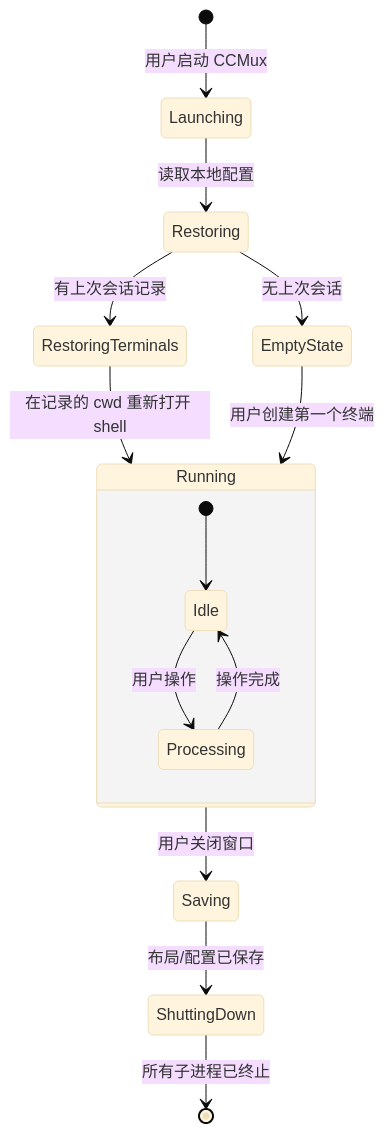
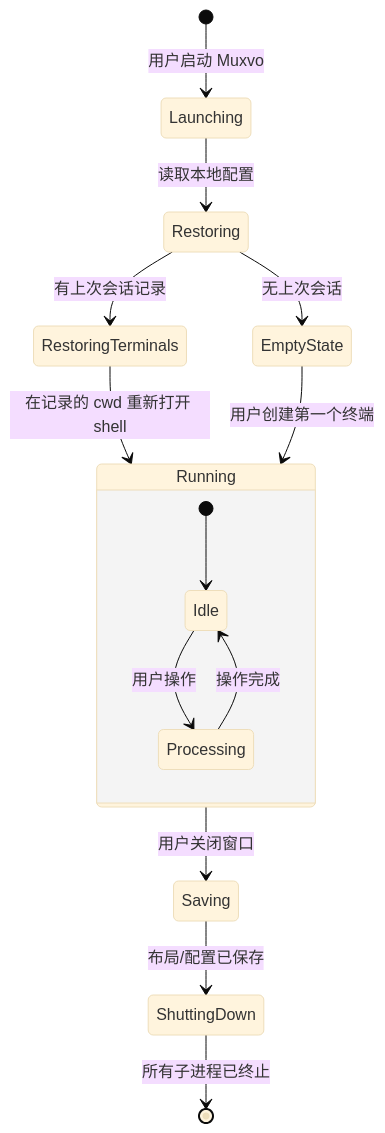
Before and after one commit to muxvo/muxvo: the tenth of 26 diagrams in PRD.md, drawn with Mermaid (base theme). The commit also changed other lines of this file and 1 other file, not shown here.

````diff
--- a/PRD.md
+++ b/PRD.md
@@ -450,18 +481,18 @@
 ```mermaid
 stateDiagram-v2
-    [*] --> Launching: 用户启动 CCMux
+    [*] --> Launching: 用户启动 Muxvo
     Launching --> Restoring: 读取本地配置
     Restoring --> RestoringTerminals: 有上次会话记录
     Restoring --> EmptyState: 无上次会话
     RestoringTerminals --> Running: 在记录的 cwd 重新打开 shell
     EmptyState --> Running: 用户创建第一个终端
     Running --> Saving: 用户关闭窗口
     Saving --> ShuttingDown: 布局/配置已保存
     ShuttingDown --> [*]: 所有子进程已终止
 
     state Running {
         [*] --> Idle
         Idle --> Processing: 用户操作
         Processing --> Idle: 操作完成
     }
 ```
````
